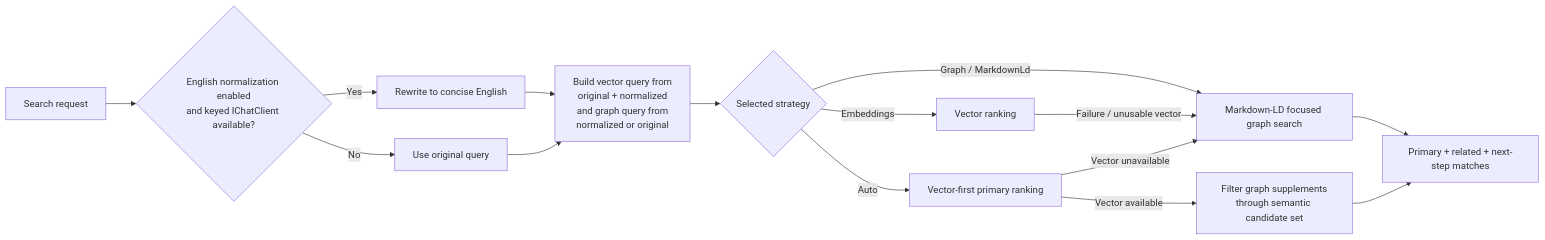
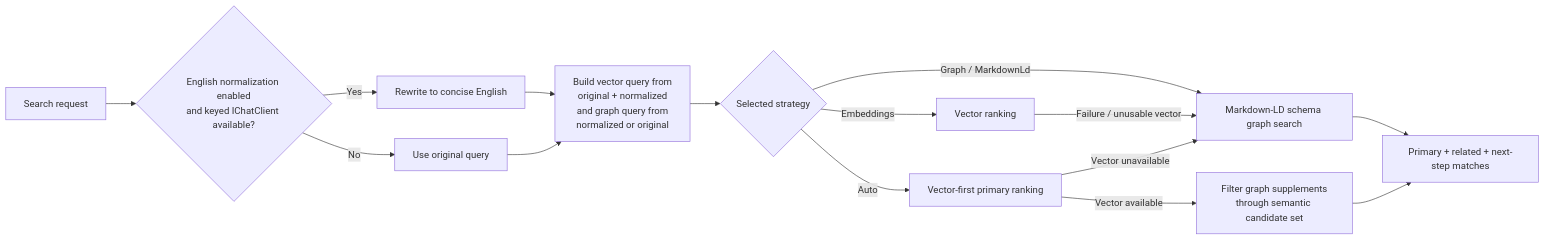
The diagram in docs/Features/AutoVectorFirstSearchAndPerformance.md (managedcode/MCPGateway), drawn with Mermaid before and after one commit. The commit also changed other lines of this file and 66 other files, not shown here.

Commit message:
Optimize schema-aware graph search

````diff
--- a/docs/Features/AutoVectorFirstSearchAndPerformance.md
+++ b/docs/Features/AutoVectorFirstSearchAndPerformance.md
@@ -52,17 +52,17 @@
 ```mermaid
 flowchart LR
     Request["Search request"] --> Normalize{"English normalization enabled\nand keyed IChatClient available?"}
     Normalize -->|Yes| Rewrite["Rewrite to concise English"]
     Normalize -->|No| Original["Use original query"]
     Rewrite --> Build["Build vector query from\noriginal + normalized\nand graph query from\nnormalized or original"]
     Original --> Build
     Build --> Strategy{"Selected strategy"}
-    Strategy -->|Graph / MarkdownLd| Graph["Markdown-LD focused graph search"]
+    Strategy -->|Graph / MarkdownLd| Graph["Markdown-LD schema graph search"]
     Strategy -->|Embeddings| Vector["Vector ranking"]
     Strategy -->|Auto| Auto["Vector-first primary ranking"]
     Auto -->|Vector unavailable| Graph
     Auto -->|Vector available| Supplement["Filter graph supplements\nthrough semantic candidate set"]
     Supplement --> Result["Primary + related + next-step matches"]
     Vector -->|Failure / unusable vector| Graph
     Graph --> Result
 ```
````
